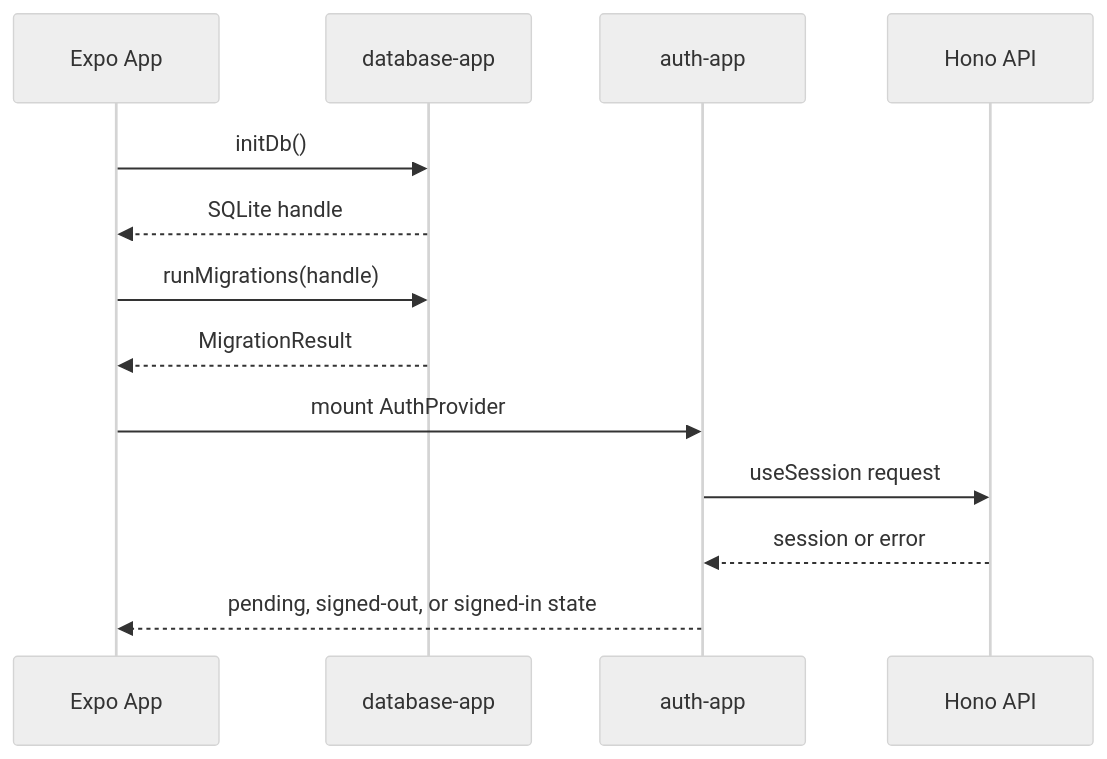
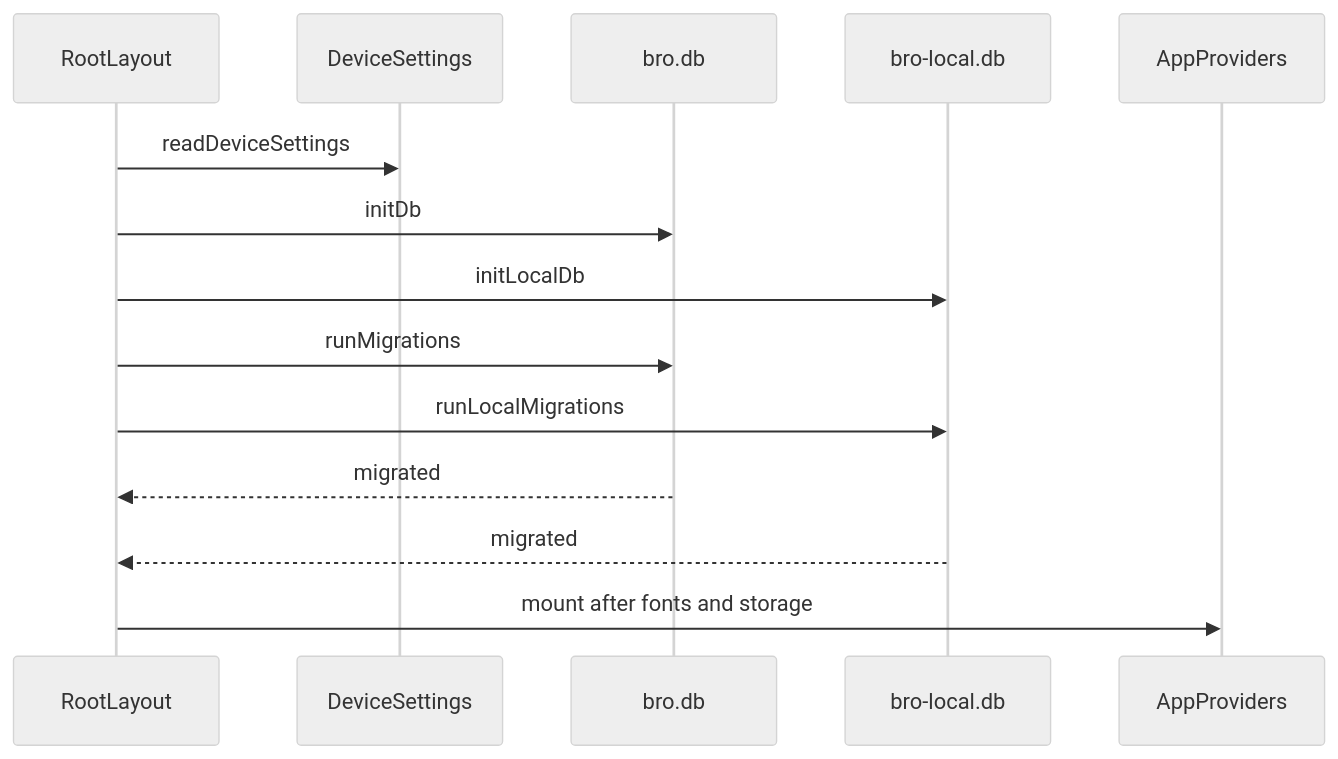
The diagram in openwiki/architecture/workflows.md (bishsbytes/bro), drawn with Mermaid (neutral theme) before and after one commit. The commit also changed other lines of this file and 19 other files, not shown here.

````diff
--- a/openwiki/architecture/workflows.md
+++ b/openwiki/architecture/workflows.md
@@ -14,15 +24,16 @@
 ```mermaid
 sequenceDiagram
-  participant App as Expo App
-  participant DB as database-app
-  participant Auth as auth-app
-  participant API as Hono API
-  App->>DB: initDb()
-  DB-->>App: SQLite handle
-  App->>DB: runMigrations(handle)
-  DB-->>App: MigrationResult
-  App->>Auth: mount AuthProvider
-  Auth->>API: useSession request
-  API-->>Auth: session or error
-  Auth-->>App: pending, signed-out, or signed-in state
+  participant Root as RootLayout
+  participant Settings as DeviceSettings
+  participant Product as bro.db
+  participant Local as bro-local.db
+  participant Providers as AppProviders
+  Root->>Settings: readDeviceSettings
+  Root->>Product: initDb
+  Root->>Local: initLocalDb
+  Root->>Product: runMigrations
+  Root->>Local: runLocalMigrations
+  Product-->>Root: migrated
+  Local-->>Root: migrated
+  Root->>Providers: mount after fonts and storage
 ```
````
